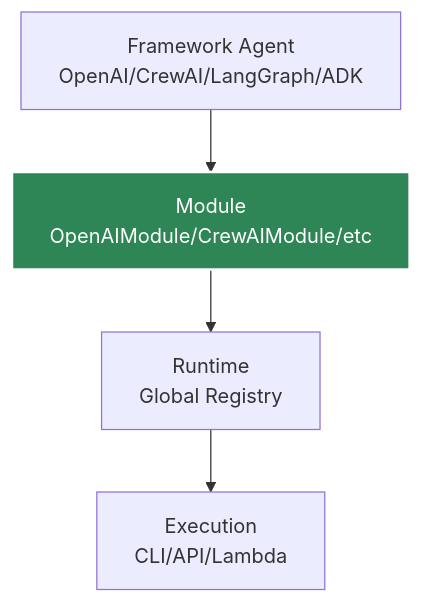
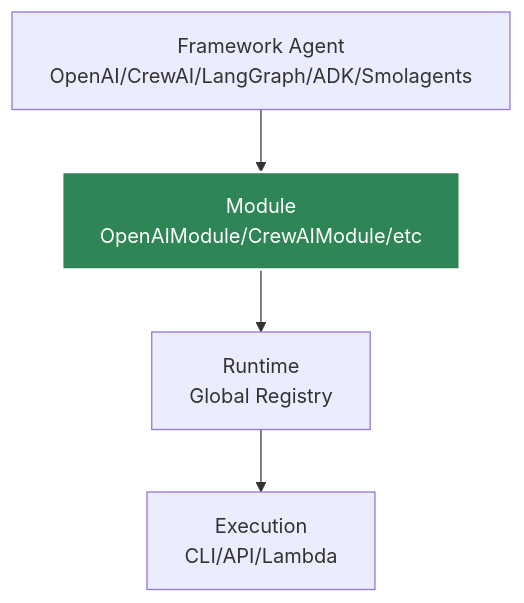
Before and after one commit to yaalalabs/agent-kernel: the diagram in docs/docs/quick-start.md, drawn with Mermaid. The commit also changed other lines of this file and 4 other files, not shown here.

Commit message:
docs: add smolagents framework documentation and quick start

````diff
--- a/docs/docs/quick-start.md
+++ b/docs/docs/quick-start.md
@@ -267,8 +315,8 @@
 ```mermaid
 graph TB
-    A[Framework Agent<br/>OpenAI/CrewAI/LangGraph/ADK] --> B[Module<br/>OpenAIModule/CrewAIModule/etc]
+    A[Framework Agent<br/>OpenAI/CrewAI/LangGraph/ADK/Smolagents] --> B[Module<br/>OpenAIModule/CrewAIModule/etc]
     B --> C[Runtime<br/>Global Registry]
     C --> D[Execution<br/>CLI/API/Lambda]
     
     style B fill:#2e8555,stroke:#fff,stroke-width:2px,color:#fff
 ```
````
